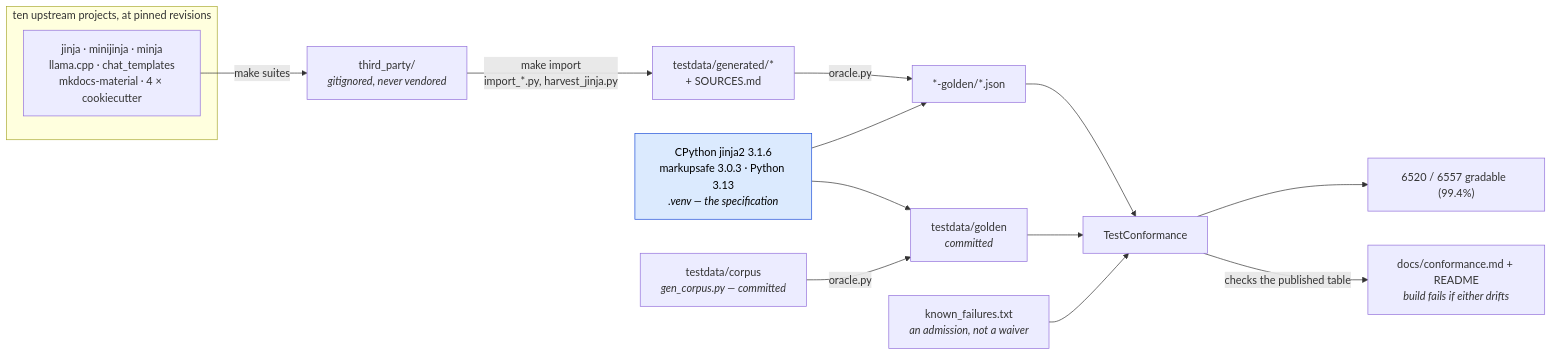
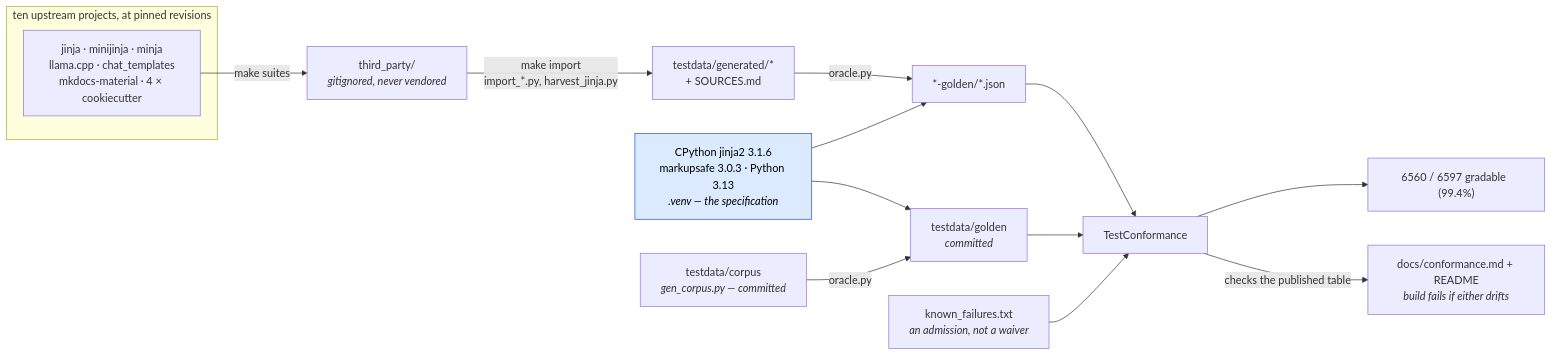
The first of 2 diagrams in docs/conformance.md (mgilbir/gojja2), drawn with Mermaid before and after one commit. The commit also changed other lines of this file and 125 other files, not shown here.

````diff
--- a/docs/conformance.md
+++ b/docs/conformance.md
@@ -17,24 +17,24 @@
 ```mermaid
 flowchart LR
     subgraph up["ten upstream projects, at pinned revisions"]
         U1["jinja · minijinja · minja<br/>llama.cpp · chat_templates<br/>mkdocs-material · 4 × cookiecutter"]
     end
     U1 -->|"make suites"| TP["third_party/<br/><i>gitignored, never vendored</i>"]
     TP -->|"make import<br/>import_*.py, harvest_jinja.py"| GEN["testdata/generated/*<br/>+ SOURCES.md"]
 
     ORA["CPython jinja2 3.1.6<br/>markupsafe 3.0.3 · Python 3.13<br/><i>.venv — the specification</i>"]
     GEN -->|"oracle.py"| G2["*-golden/*.json"]
     ORA --> G2
 
     OWN["testdata/corpus<br/><i>gen_corpus.py — committed</i>"] -->|"oracle.py"| G1["testdata/golden<br/><i>committed</i>"]
     ORA --> G1
 
     G1 --> TC["TestConformance"]
     G2 --> TC
     KF["known_failures.txt<br/><i>an admission, not a waiver</i>"] --> TC
-    TC --> RATE["6520 / 6557 gradable  (99.4%)"]
+    TC --> RATE["6560 / 6597 gradable  (99.4%)"]
     TC -->|"checks the published table"| RM["docs/conformance.md + README<br/><i>build fails if either drifts</i>"]
 
     classDef spec fill:#dbeafe,stroke:#1d4ed8,color:#000
     class ORA spec
 ```
````
